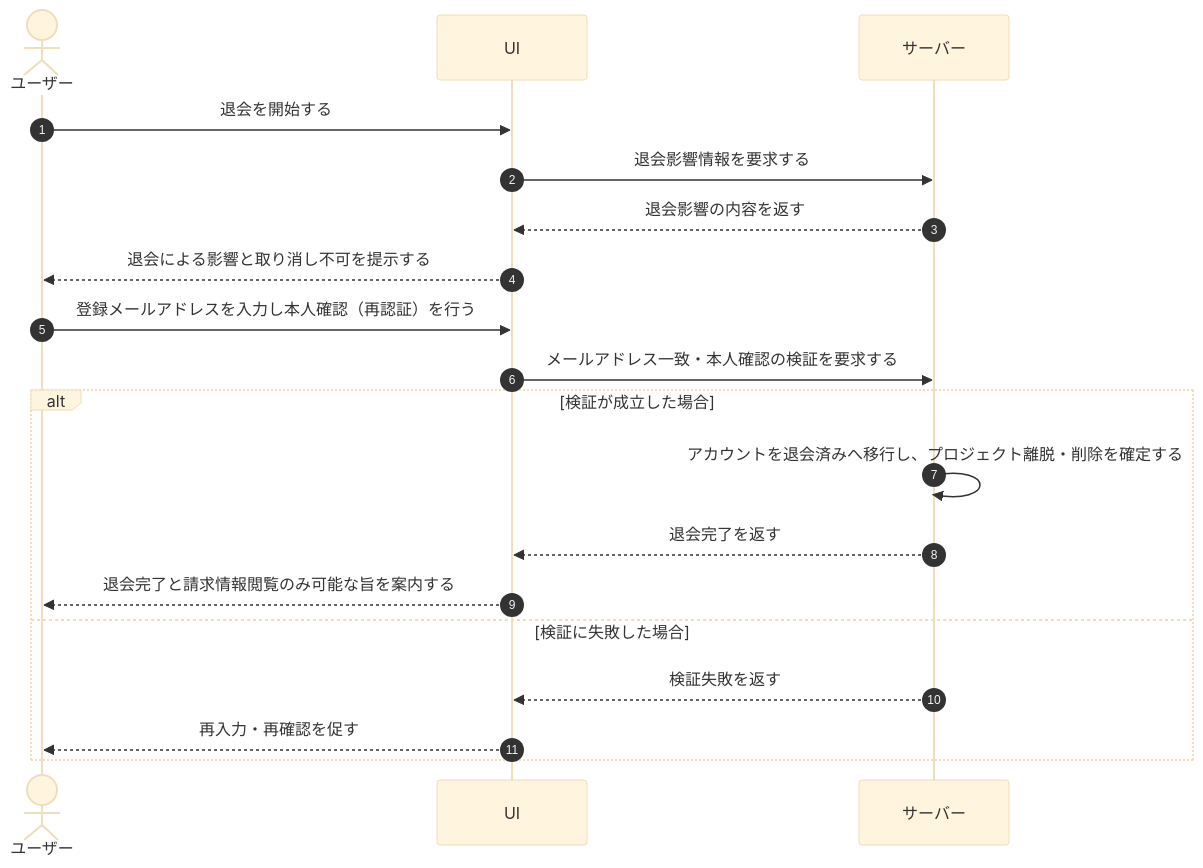
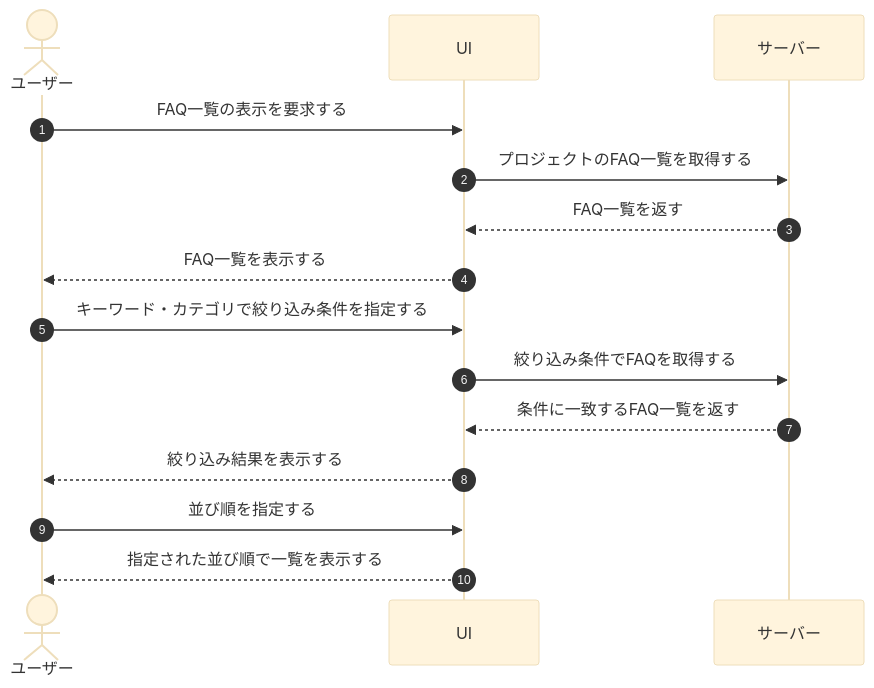
The diagram in 01_requirements/04_business_usecases/UC-023.md (sikakou54/open-faq), drawn with Mermaid (base theme) before and after one commit. The commit also changed other lines of this file and 395 other files, not shown here.

````diff
--- a/01_requirements/04_business_usecases/UC-023.md
+++ b/01_requirements/04_business_usecases/UC-023.md
@@ -26,22 +26,18 @@
 ```mermaid
 sequenceDiagram
   autonumber
   actor U as ユーザー
   participant UI as UI
   participant S as サーバー
 
-  U->>UI: 退会を開始する
-  UI->>S: 退会影響情報を要求する
-  S-->>UI: 退会影響の内容を返す
-  UI-->>U: 退会による影響と取り消し不可を提示する
-  U->>UI: 登録メールアドレスを入力し本人確認（再認証）を行う
-  UI->>S: メールアドレス一致・本人確認の検証を要求する
-  alt 検証が成立した場合
-    S->>S: アカウントを退会済みへ移行し、プロジェクト離脱・削除を確定する
-    S-->>UI: 退会完了を返す
-    UI-->>U: 退会完了と請求情報閲覧のみ可能な旨を案内する
-  else 検証に失敗した場合
-    S-->>UI: 検証失敗を返す
-    UI-->>U: 再入力・再確認を促す
-  end
+  U->>UI: FAQ一覧の表示を要求する
+  UI->>S: プロジェクトのFAQ一覧を取得する
+  S-->>UI: FAQ一覧を返す
+  UI-->>U: FAQ一覧を表示する
+  U->>UI: キーワード・カテゴリで絞り込み条件を指定する
+  UI->>S: 絞り込み条件でFAQを取得する
+  S-->>UI: 条件に一致するFAQ一覧を返す
+  UI-->>U: 絞り込み結果を表示する
+  U->>UI: 並び順を指定する
+  UI-->>U: 指定された並び順で一覧を表示する
 ```
````
